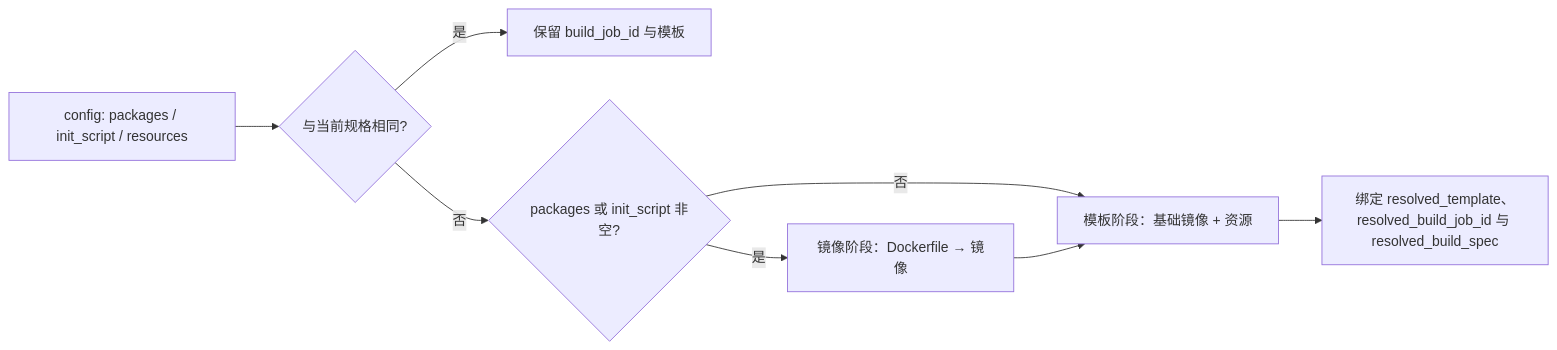
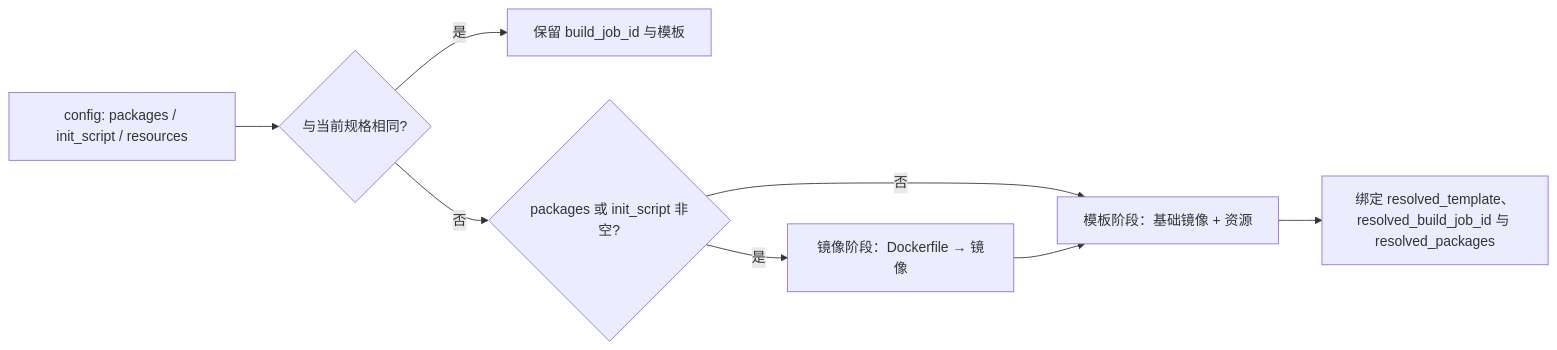
The third of 4 diagrams in docs/design/be/environment-package-provisioning.md (superduck-ai/open-managed-agents), drawn with Mermaid before and after one commit. The commit also changed other lines of this file and 19 other files, not shown here.

````diff
--- a/docs/design/be/environment-package-provisioning.md
+++ b/docs/design/be/environment-package-provisioning.md
@@ -165,10 +166,10 @@
 ```mermaid
 flowchart LR
     Spec["config: packages / init_script / resources"] --> Same{"与当前规格相同?"}
     Same -->|是| Keep["保留 build_job_id 与模板"]
     Same -->|否| NeedImage{"packages 或 init_script 非空?"}
     NeedImage -->|是| Image["镜像阶段：Dockerfile → 镜像"]
     NeedImage -->|否| Template["模板阶段：基础镜像 + 资源"]
     Image --> Template
-    Template --> Bind["绑定 resolved_template、resolved_build_job_id 与 resolved_build_spec"]
+    Template --> Bind["绑定 resolved_template、resolved_build_job_id 与 resolved_packages"]
 ```
````
